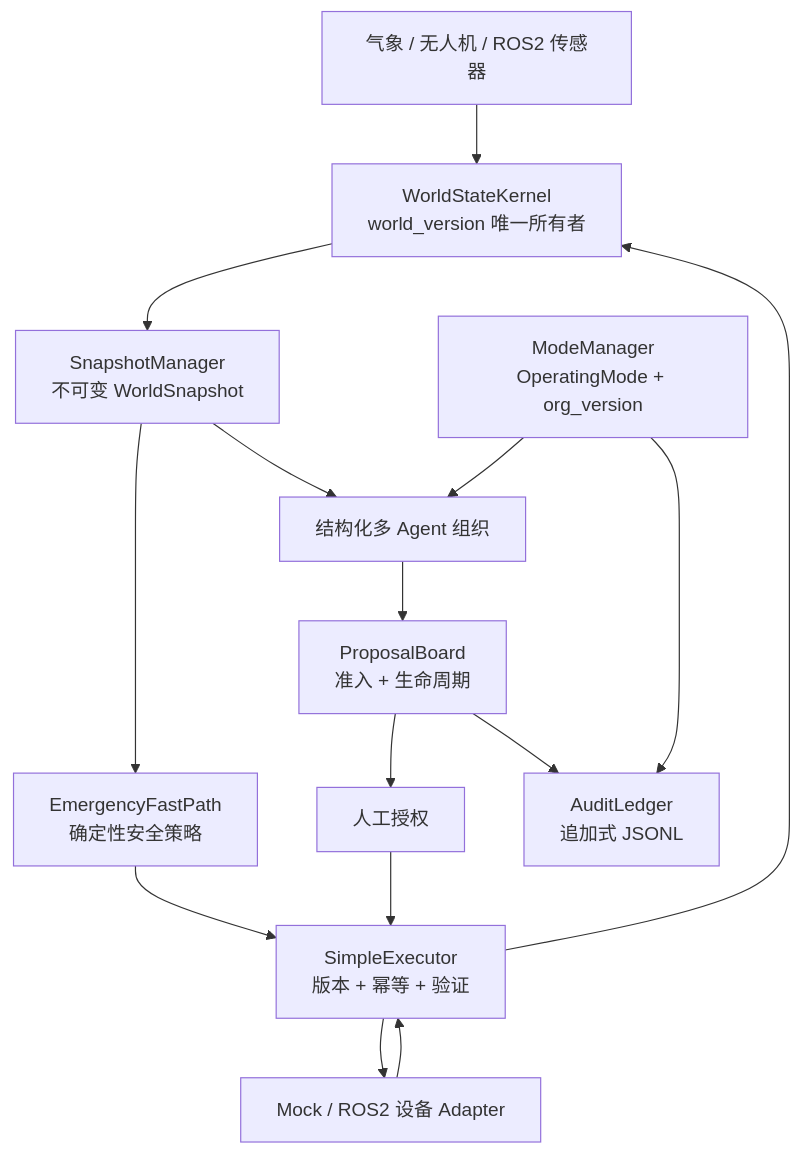
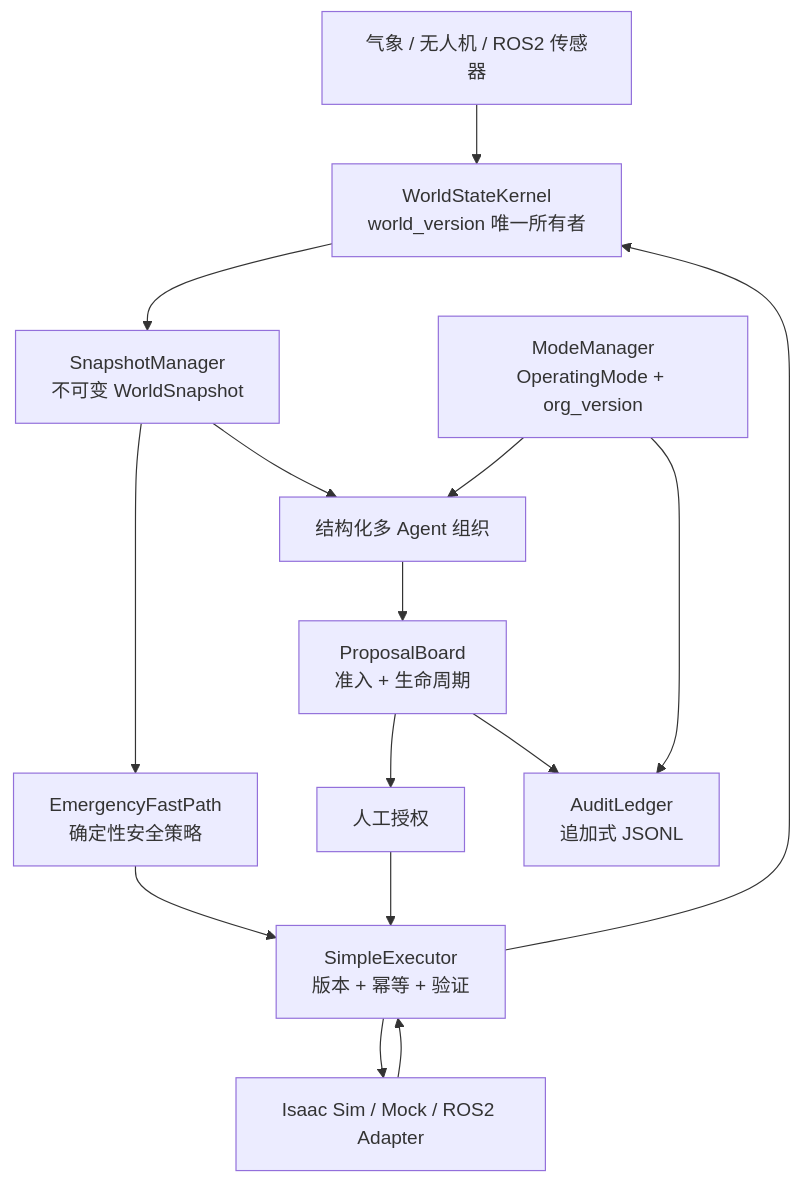
One commit to Agneshao/dynamic-agent-of-physical-AI- changed the second of 2 diagrams in README.md. Above: the diagram before and after it, drawn with Mermaid. The commit also changed other lines of this file and 1 other file, not shown here.

Commit message:
docs: document DGX and Isaac simulation platform

````diff
--- a/README.md
+++ b/README.md
@@ -90,29 +101,29 @@
 ```mermaid
 flowchart TB
     SENSOR[气象 / 无人机 / ROS2 传感器]
     KERNEL[WorldStateKernel<br/>world_version 唯一所有者]
     SNAPSHOT[SnapshotManager<br/>不可变 WorldSnapshot]
     FAST[EmergencyFastPath<br/>确定性安全策略]
     MODE[ModeManager<br/>OperatingMode + org_version]
     AGENTS[结构化多 Agent 组织]
     BOARD[ProposalBoard<br/>准入 + 生命周期]
     APPROVAL[人工授权]
     EXECUTOR[SimpleExecutor<br/>版本 + 幂等 + 验证]
-    ADAPTER[Mock / ROS2 设备 Adapter]
+    ADAPTER[Isaac Sim / Mock / ROS2 Adapter]
     LEDGER[AuditLedger<br/>追加式 JSONL]
 
     SENSOR --> KERNEL
     KERNEL --> SNAPSHOT
     SNAPSHOT --> FAST
     SNAPSHOT --> AGENTS
     MODE --> AGENTS
     AGENTS --> BOARD
     BOARD --> APPROVAL
     APPROVAL --> EXECUTOR
     FAST --> EXECUTOR
     EXECUTOR --> ADAPTER
     ADAPTER --> EXECUTOR
     EXECUTOR --> KERNEL
     MODE --> LEDGER
     BOARD --> LEDGER
 ```
````
